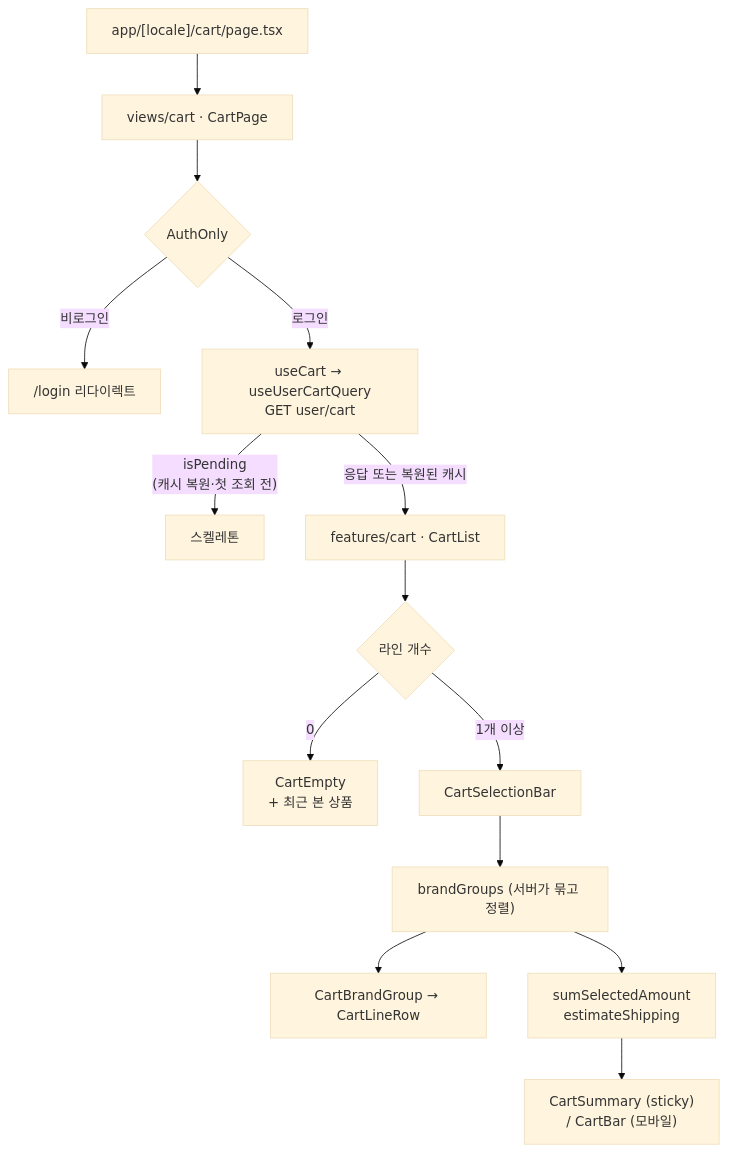
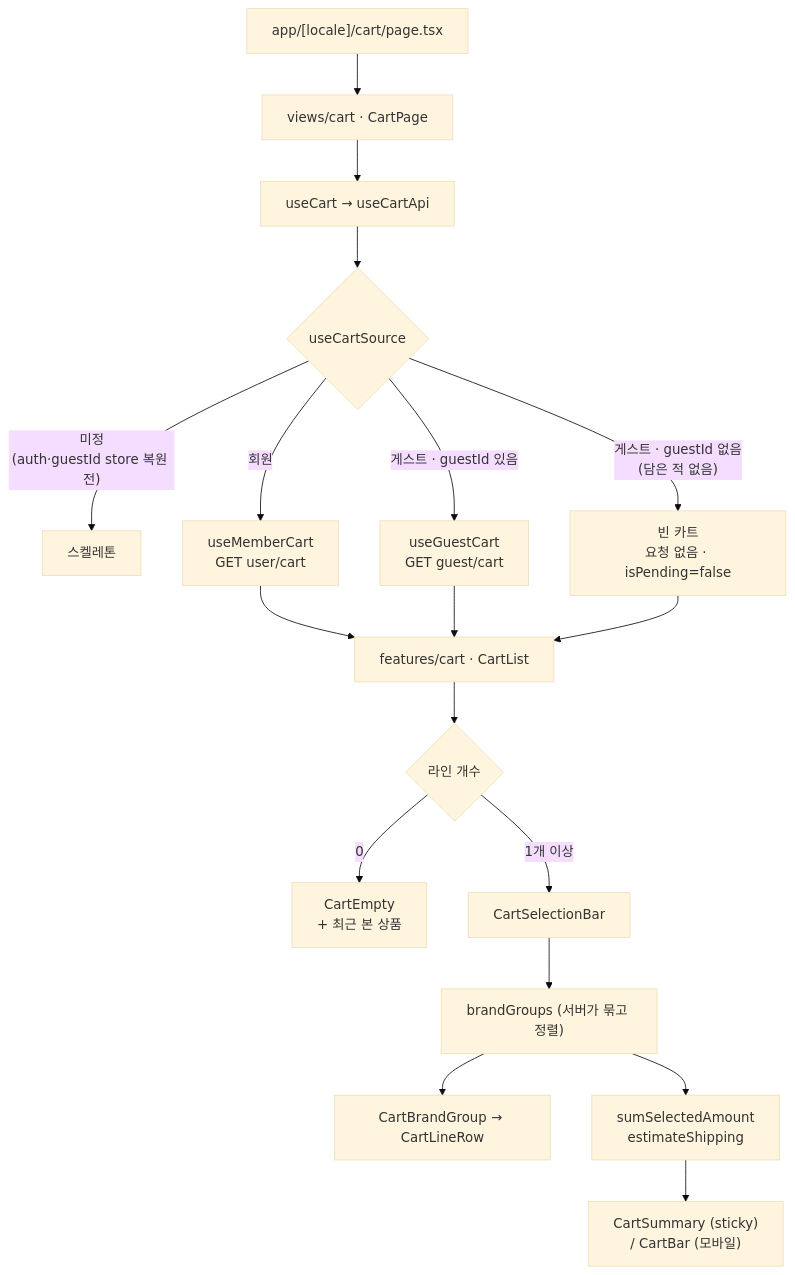
The second of 2 diagrams in apps/web/docs/cart.md (SeoulMomentTech/seoul-moment-fe), drawn with Mermaid (base theme) before and after one commit. The commit also changed other lines of this file and 2 other files, not shown here.

````diff
--- a/apps/web/docs/cart.md
+++ b/apps/web/docs/cart.md
@@ -85,16 +95,20 @@
 ```mermaid
 flowchart TD
   A["app/[locale]/cart/page.tsx"] --> B["views/cart · CartPage"]
-  B --> C{"AuthOnly"}
-  C -->|"비로그인"| D["/login 리다이렉트"]
-  C -->|"로그인"| E["useCart → useUserCartQuery<br/>GET user/cart"]
-  E -->|"isPending<br/>(캐시 복원·첫 조회 전)"| F["스켈레톤"]
-  E -->|"응답 또는 복원된 캐시"| G["features/cart · CartList"]
-  G --> H{"라인 개수"}
-  H -->|"0"| I["CartEmpty<br/>+ 최근 본 상품"]
-  H -->|"1개 이상"| J["CartSelectionBar"]
-  J --> K["brandGroups (서버가 묶고 정렬)"]
-  K --> L["CartBrandGroup → CartLineRow"]
-  K --> M["sumSelectedAmount<br/>estimateShipping"]
-  M --> N["CartSummary (sticky)<br/>/ CartBar (모바일)"]
+  B --> C["useCart → useCartApi"]
+  C --> D{"useCartSource"}
+  D -->|"미정<br/>(auth·guestId store 복원 전)"| E["스켈레톤"]
+  D -->|"회원"| F["useMemberCart<br/>GET user/cart"]
+  D -->|"게스트 · guestId 있음"| G["useGuestCart<br/>GET guest/cart"]
+  D -->|"게스트 · guestId 없음<br/>(담은 적 없음)"| H["빈 카트<br/>요청 없음 · isPending=false"]
+  F --> I["features/cart · CartList"]
+  G --> I
+  H --> I
+  I --> J{"라인 개수"}
+  J -->|"0"| K["CartEmpty<br/>+ 최근 본 상품"]
+  J -->|"1개 이상"| L["CartSelectionBar"]
+  L --> M["brandGroups (서버가 묶고 정렬)"]
+  M --> N["CartBrandGroup → CartLineRow"]
+  M --> O["sumSelectedAmount<br/>estimateShipping"]
+  O --> P["CartSummary (sticky)<br/>/ CartBar (모바일)"]
 ```
````
